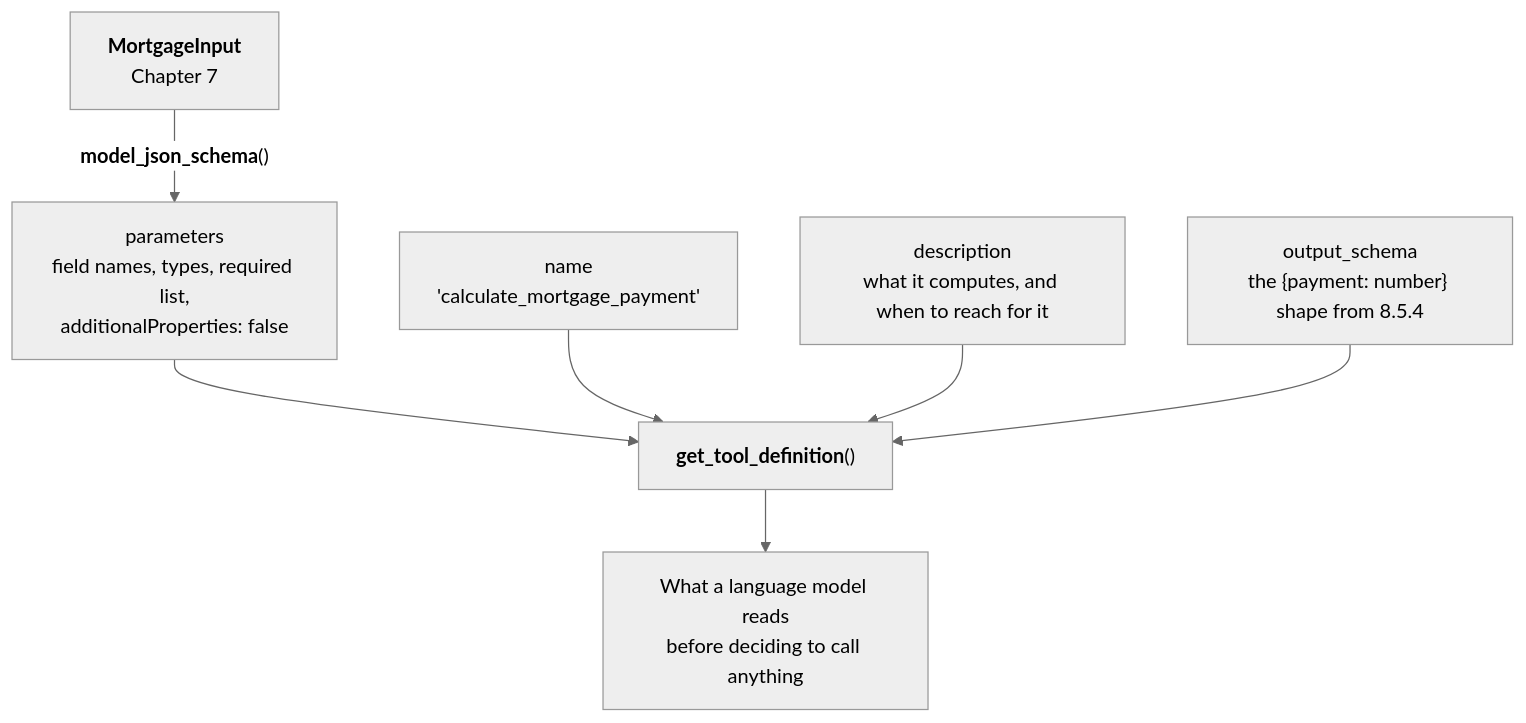
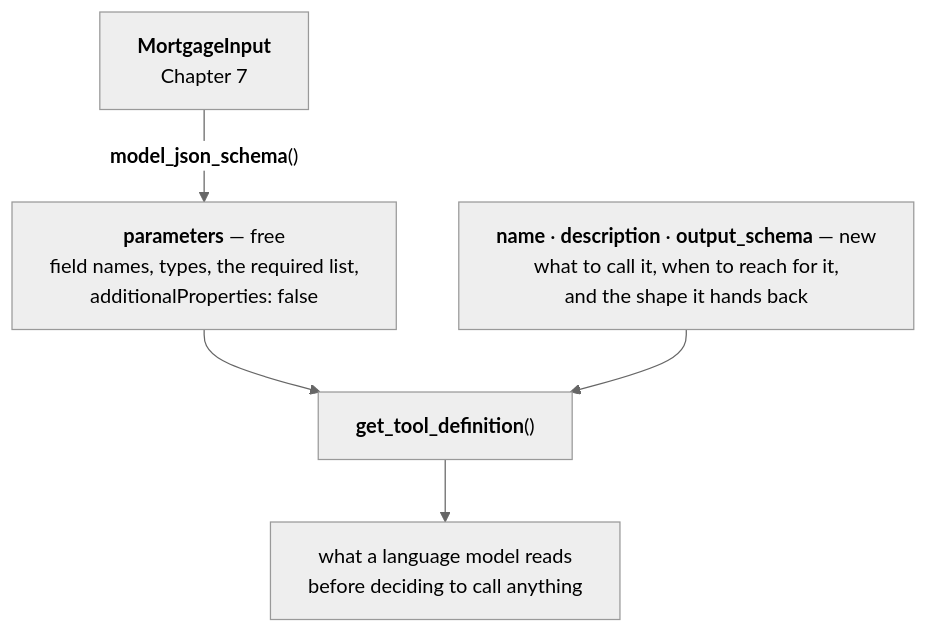
The first of 3 diagrams in manuscript/11-tool-interface.md (rioffe/intro_to_ai_software_engineering), drawn with Mermaid (neutral theme) before and after one commit. The commit also changed 8 other files, not shown here.

````diff
--- a/manuscript/11-tool-interface.md
+++ b/manuscript/11-tool-interface.md
@@ -87,16 +87,16 @@
 ```mermaid
+---
+config:
+  flowchart:
+    wrappingWidth: 330
+---
 flowchart TD
     MI["<b>MortgageInput</b><br/>Chapter 7"]
-    MI -->|"<b>model_json_schema</b>()"| PARAMS["parameters<br/>field names, types, required list,<br/>additionalProperties: false"]
+    MI -->|"<b>model_json_schema</b>()"| PARAMS["<b>parameters</b> — free<br/>field names, types, the required list,<br/>additionalProperties: false"]
 
-    NAME["name<br/>'calculate_mortgage_payment'"]
-    DESC["description<br/>what it computes, and when to reach for it"]
-    OUT["output_schema<br/>the {payment: number} shape from 8.5.4"]
+    NEW["<b>name</b> · <b>description</b> · <b>output_schema</b> — new<br/>what to call it, when to reach for it,<br/>and the shape it hands back"]
 
     PARAMS --> DEF["<b>get_tool_definition</b>()"]
-    NAME --> DEF
-    DESC --> DEF
-    OUT --> DEF
-
-    DEF --> MODEL["What a language model reads<br/>before deciding to call anything"]
+    NEW --> DEF
+    DEF --> MODEL["what a language model reads<br/>before deciding to call anything"]
 ```
````
